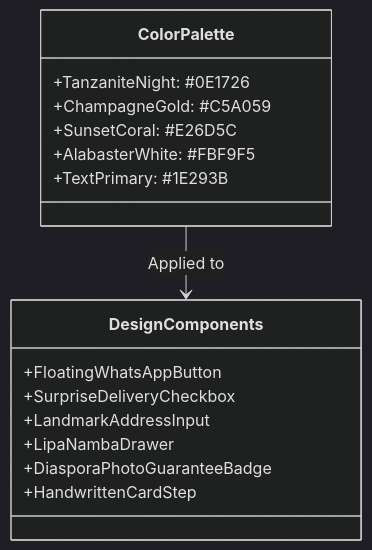
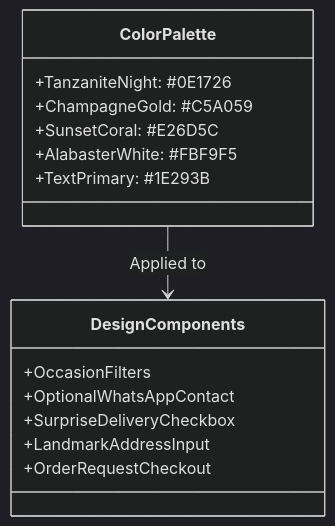
The second of 2 diagrams in docs/brand_and_ux_strategy_tanzania.md (stevemeister5/frembogifts), drawn with Mermaid (dark theme) before and after one commit. The commit also changed other lines of this file and 20 other files, not shown here.

````diff
--- a/docs/brand_and_ux_strategy_tanzania.md
+++ b/docs/brand_and_ux_strategy_tanzania.md
@@ -128,19 +119,18 @@
 ```mermaid
 classDiagram
     class ColorPalette {
         +TanzaniteNight: #0E1726
         +ChampagneGold: #C5A059
         +SunsetCoral: #E26D5C
         +AlabasterWhite: #FBF9F5
         +TextPrimary: #1E293B
     }
     class DesignComponents {
-        +FloatingWhatsAppButton
+        +OccasionFilters
+        +OptionalWhatsAppContact
         +SurpriseDeliveryCheckbox
         +LandmarkAddressInput
-        +LipaNambaDrawer
-        +DiasporaPhotoGuaranteeBadge
-        +HandwrittenCardStep
+        +OrderRequestCheckout
     }
     ColorPalette --> DesignComponents : Applied to
 ```
````
